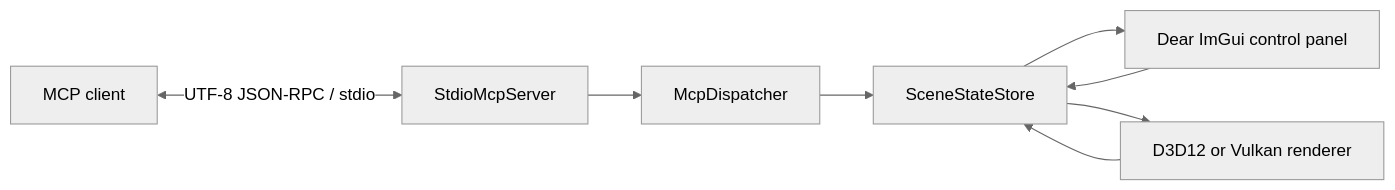
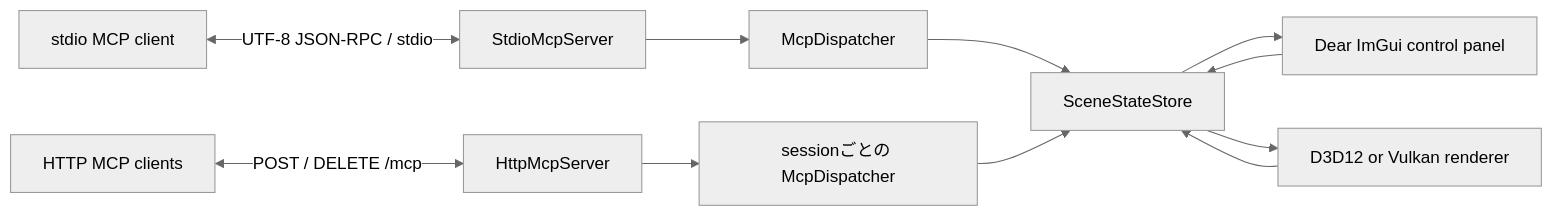
One commit to shaderjp/SimpleMCPGraphicsSample changed the first of 2 diagrams in Docs/architecture.md. Above: the diagram before and after it, drawn with Mermaid (neutral theme). The commit also changed other lines of this file and 37 other files, not shown here.

Commit message:
Add Streamable HTTP MCP samples

````diff
--- a/Docs/architecture.md
+++ b/Docs/architecture.md
@@ -9,10 +9,13 @@
 ```mermaid
 flowchart LR
-    Client["MCP client"] <-->|"UTF-8 JSON-RPC / stdio"| Server["StdioMcpServer"]
-    Server --> Dispatcher["McpDispatcher"]
+    StdioClient["stdio MCP client"] <-->|"UTF-8 JSON-RPC / stdio"| Stdio["StdioMcpServer"]
+    HttpClient["HTTP MCP clients"] <-->|"POST / DELETE /mcp"| Http["HttpMcpServer"]
+    Stdio --> Dispatcher["McpDispatcher"]
+    Http --> Sessions["sessionごとの McpDispatcher"]
     Dispatcher --> Store["SceneStateStore"]
+    Sessions --> Store
     UI["Dear ImGui control panel"] --> Store
     Store --> UI
     Store --> Renderer["D3D12 or Vulkan renderer"]
     Renderer --> Store
 ```
````
